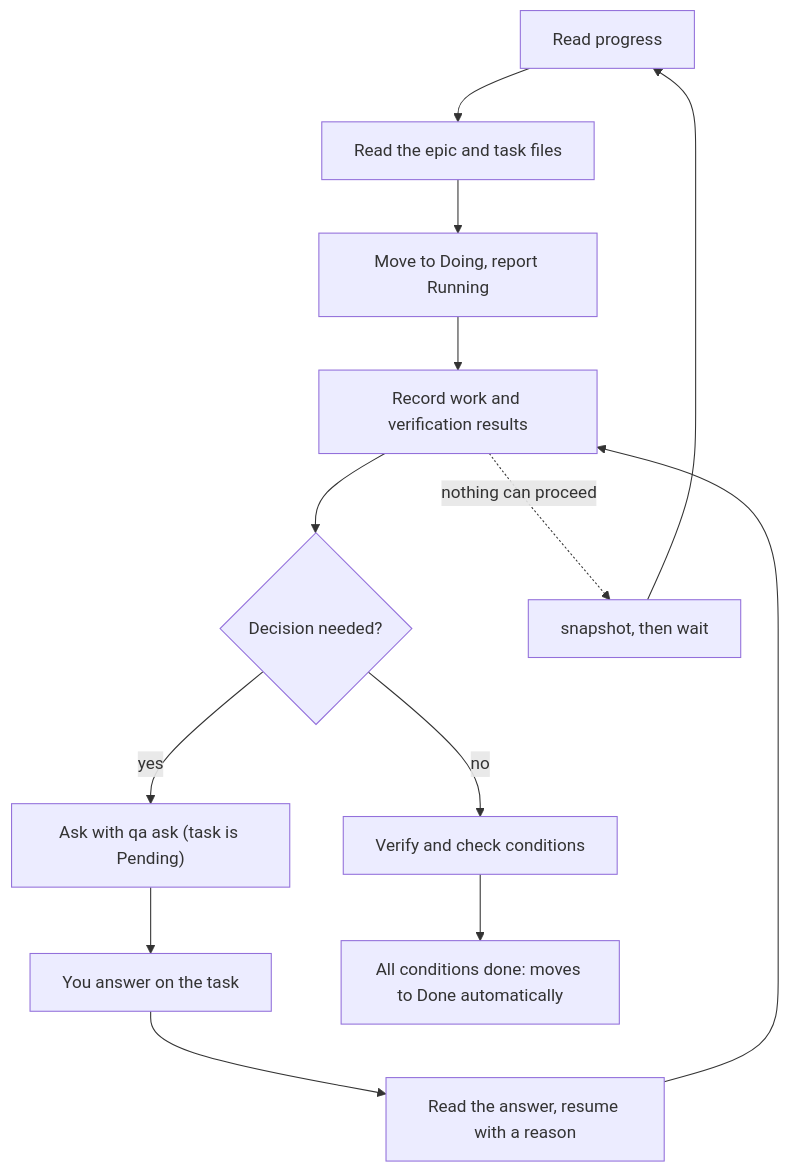
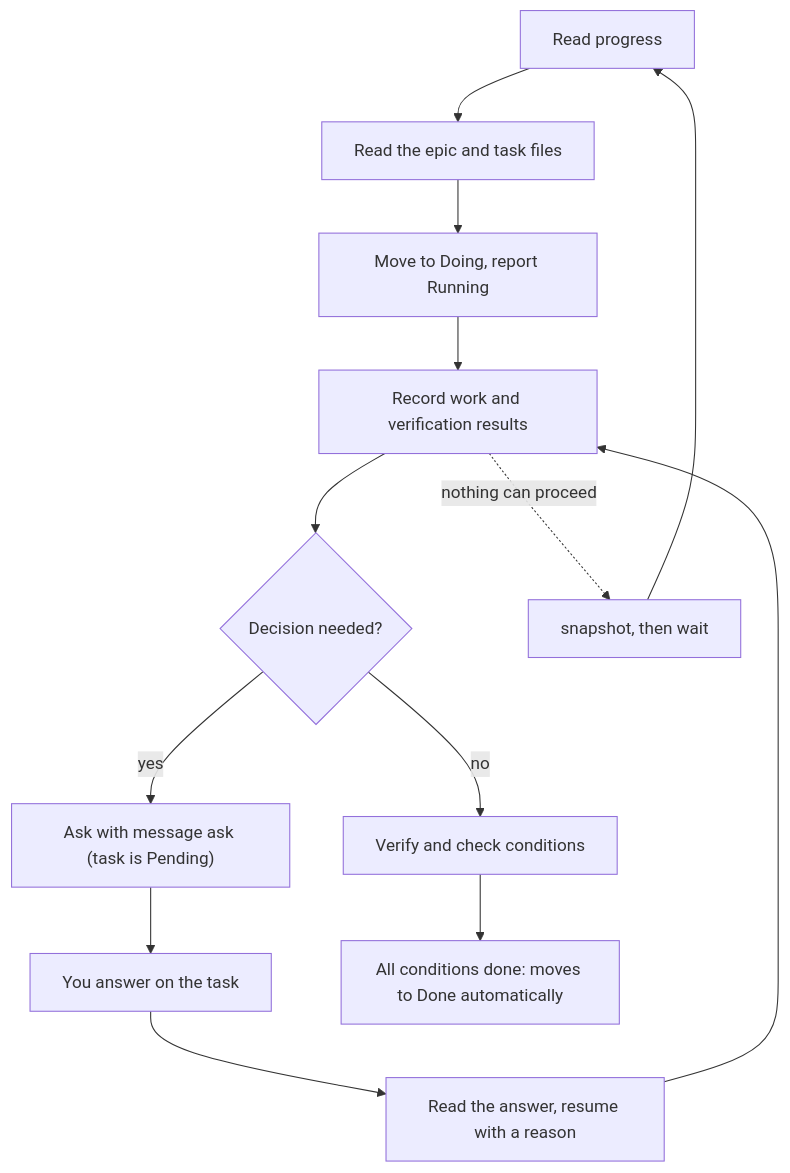
One commit to FooQoo/agent-board changed the diagram in docs/guide/delegate/agents.md. Above: the diagram before and after it, drawn with Mermaid. The commit also changed other lines of this file and 52 other files, not shown here.

````diff
--- a/docs/guide/delegate/agents.md
+++ b/docs/guide/delegate/agents.md
@@ -74,15 +74,15 @@
 ```mermaid
 flowchart TD
     P["Read progress"] --> R["Read the epic and task files"]
     R --> D["Move to Doing, report Running"]
     D --> L["Record work and verification results"]
     L --> Q{"Decision needed?"}
-    Q -- yes --> PE["Ask with qa ask (task is Pending)"]
+    Q -- yes --> PE["Ask with message ask (task is Pending)"]
     PE --> A["You answer on the task"]
     A --> RE["Read the answer, resume with a reason"]
     RE --> L
     Q -- no --> V["Verify and check conditions"]
     V --> DN["All conditions done: moves to Done automatically"]
     L -. nothing can proceed .-> W["snapshot, then wait"]
     W --> P
 ```
````
